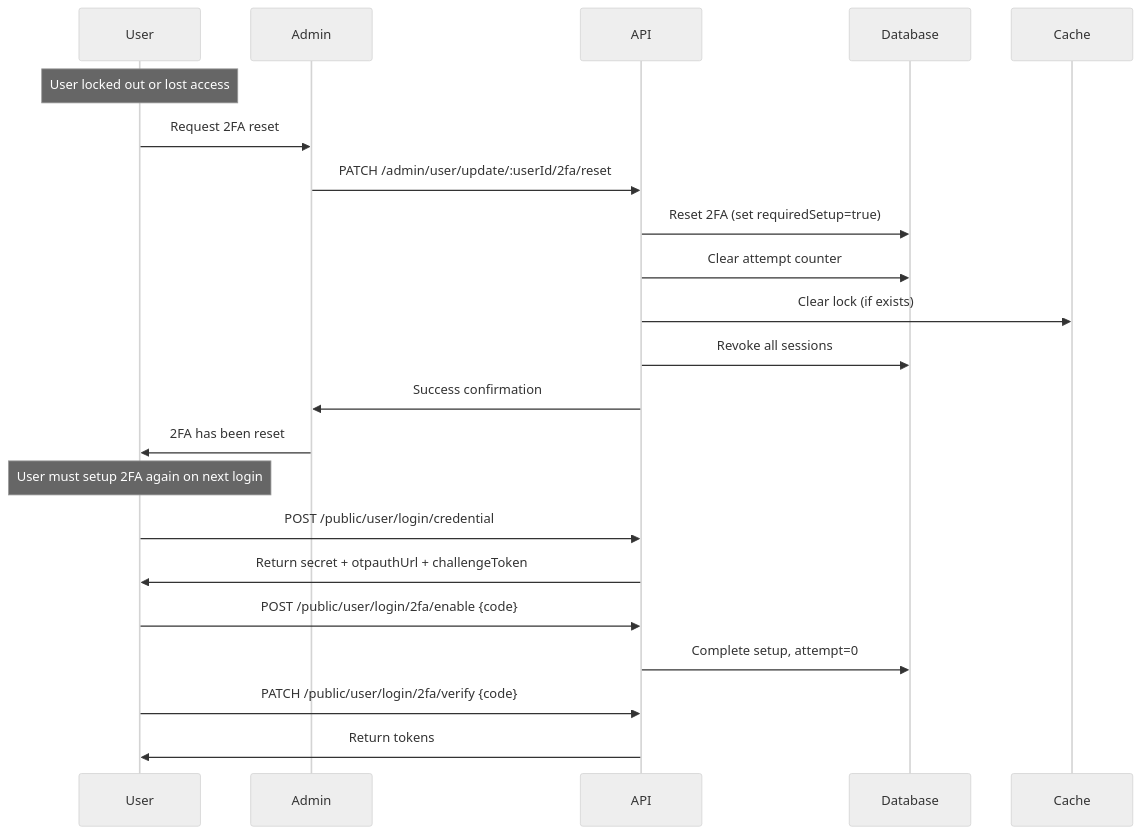
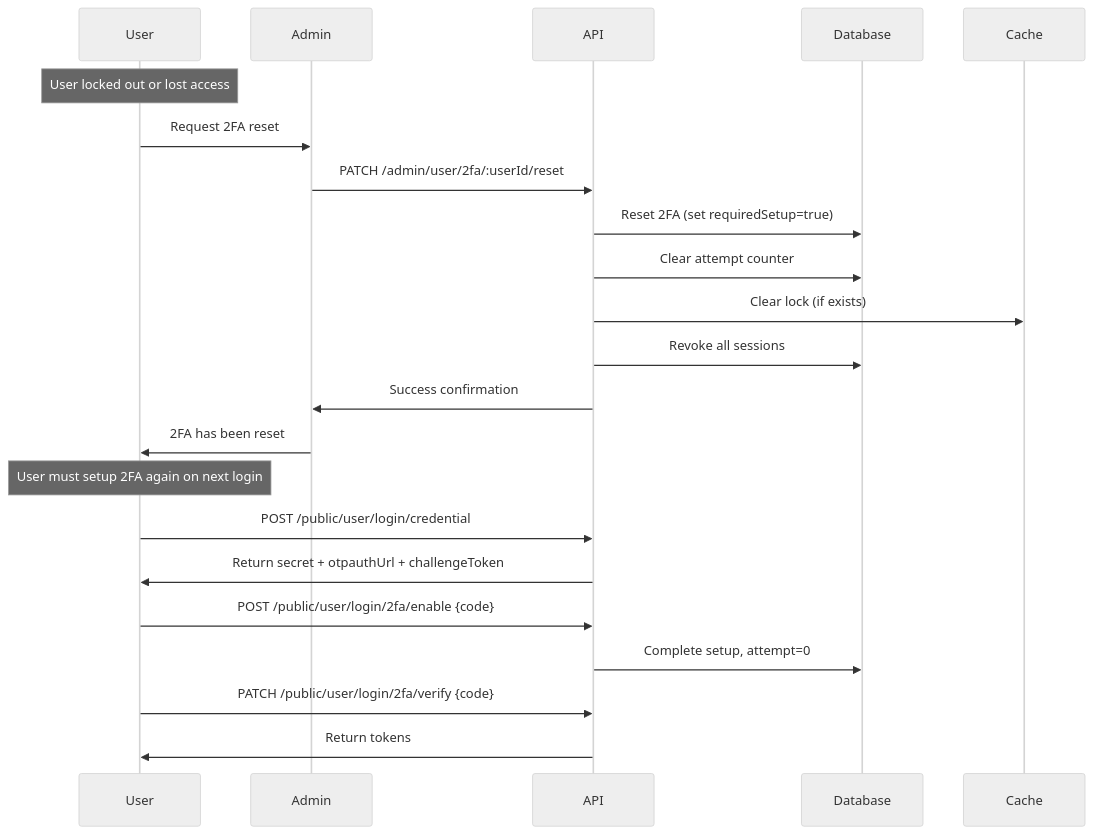
The sixth of 9 diagrams in docs/two-factor.md (andrechristikan/ack-nestjs-boilerplate), drawn with Mermaid (neutral theme) before and after one commit. The commit also changed other lines of this file and 27 other files, not shown here.

````diff
--- a/docs/two-factor.md
+++ b/docs/two-factor.md
@@ -357,28 +359,28 @@
 ```mermaid
 sequenceDiagram
     participant User
     participant Admin
     participant API
     participant Database
     participant Cache
 
     Note over User: User locked out or lost access
     User->>Admin: Request 2FA reset
     
-    Admin->>API: PATCH /admin/user/update/:userId/2fa/reset
+    Admin->>API: PATCH /admin/user/2fa/:userId/reset
     API->>Database: Reset 2FA (set requiredSetup=true)
     API->>Database: Clear attempt counter
     API->>Cache: Clear lock (if exists)
     API->>Database: Revoke all sessions
     API->>Admin: Success confirmation
     
     Admin->>User: 2FA has been reset
     
     Note over User: User must setup 2FA again on next login
     User->>API: POST /public/user/login/credential
     API->>User: Return secret + otpauthUrl + challengeToken
     User->>API: POST /public/user/login/2fa/enable {code}
     API->>Database: Complete setup, attempt=0
     User->>API: PATCH /public/user/login/2fa/verify {code}
     API->>User: Return tokens
 ```
````
